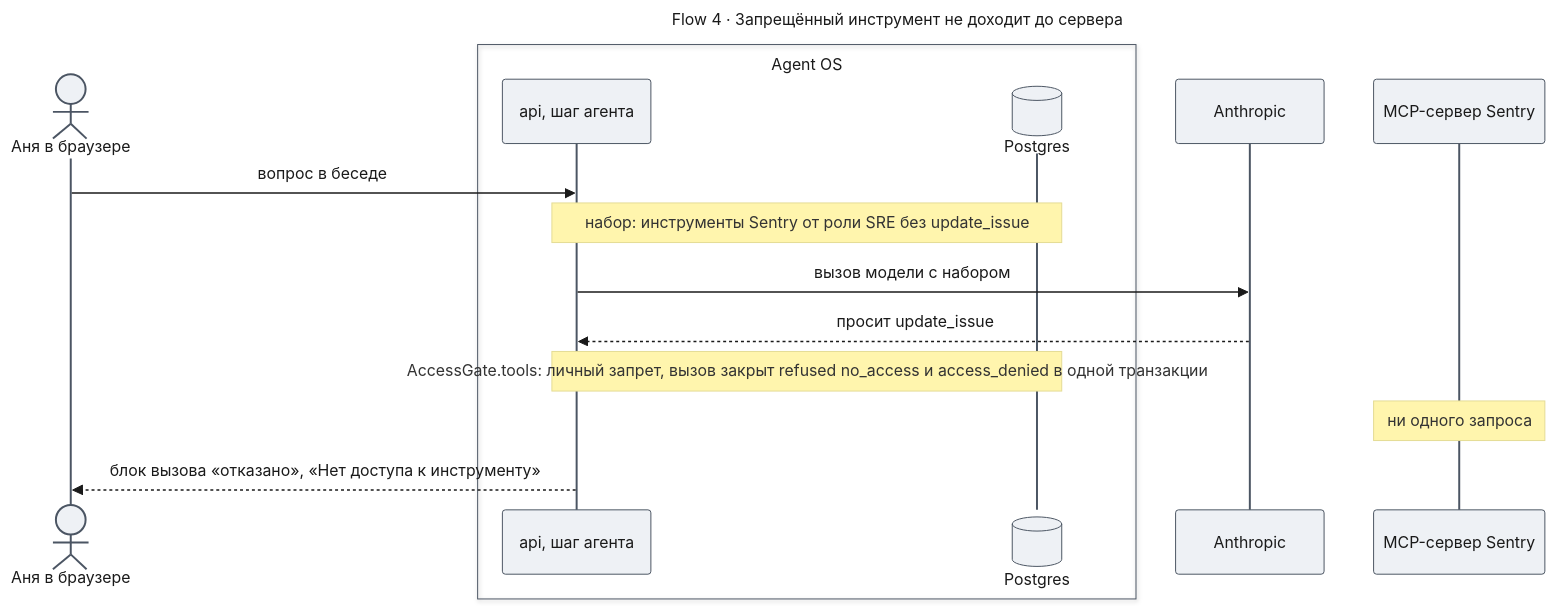
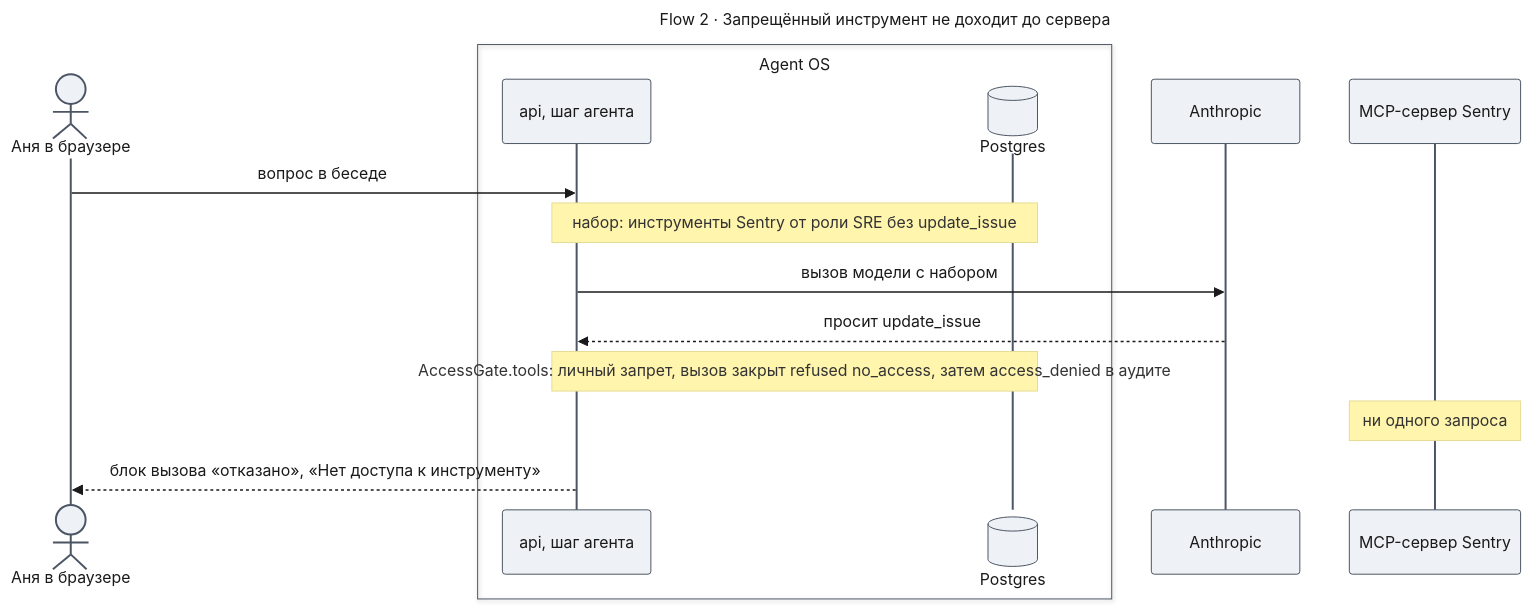
Before and after one commit to tundraray/agent-os: the sixth of 6 diagrams in docs/features/enterprise-access/design-access.md, drawn with Mermaid. The commit also changed other lines of this file and 2 other files, not shown here.

Commit message:
docs(enterprise-access): replace the quota pause with a per-agent check in the access design

````diff
--- a/docs/features/enterprise-access/design-access.md
+++ b/docs/features/enterprise-access/design-access.md
@@ -649,35 +477,35 @@
 ```mermaid
 ---
-title: "Flow 4 · Запрещённый инструмент не доходит до сервера"
+title: "Flow 2 · Запрещённый инструмент не доходит до сервера"
 config:
   theme: base
   look: classic
   themeVariables:
     primaryColor: "#eef1f5"
     primaryBorderColor: "#4b5563"
     primaryTextColor: "#1a1a1a"
     lineColor: "#6b7280"
   themeCSS: |
     @keyframes lit_af4{0%,22.5%{stroke:#991b1b;stroke-width:6px}25%,100%{stroke:#37474f;stroke-width:2px}}
     @keyframes litr_af4{0%,22.5%{stroke:#1d4ed8;stroke-width:6px}25%,100%{stroke:#37474f;stroke-width:2px}}
     .messageLine0[data-id='i0'],.messageLine1[data-id='i0']{animation:lit_af4 4.8s linear 0s infinite}
     .messageLine0[data-id='i2'],.messageLine1[data-id='i2']{animation:lit_af4 4.8s linear 1.2s infinite}
     .messageLine0[data-id='i3'],.messageLine1[data-id='i3']{animation:litr_af4 4.8s linear 2.4s infinite}
     .messageLine0[data-id='i6'],.messageLine1[data-id='i6']{animation:litr_af4 4.8s linear 3.6s infinite}
 ---
 sequenceDiagram
     actor U as Аня в браузере
     box Agent OS
     participant A as api, шаг агента
     participant DB@{ "type": "database" } as Postgres
     end
     participant L as Anthropic
     participant M as MCP-сервер Sentry
     U->>A: вопрос в беседе
     Note over A,DB: набор: инструменты Sentry от роли SRE без update_issue
     A->>L: вызов модели с набором
     L-->>A: просит update_issue
-    Note over A,DB: AccessGate.tools: личный запрет, вызов закрыт refused no_access и access_denied в одной транзакции
+    Note over A,DB: AccessGate.tools: личный запрет, вызов закрыт refused no_access, затем access_denied в аудите
     Note over M: ни одного запроса
     A-->>U: блок вызова «отказано», «Нет доступа к инструменту»
 ```
````
